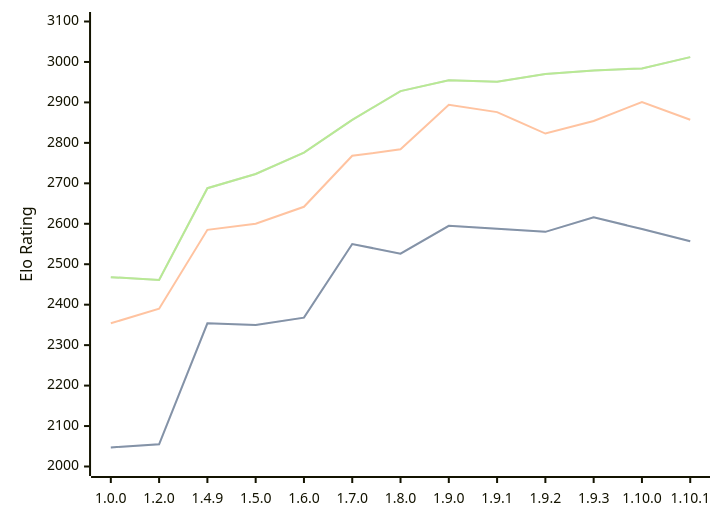
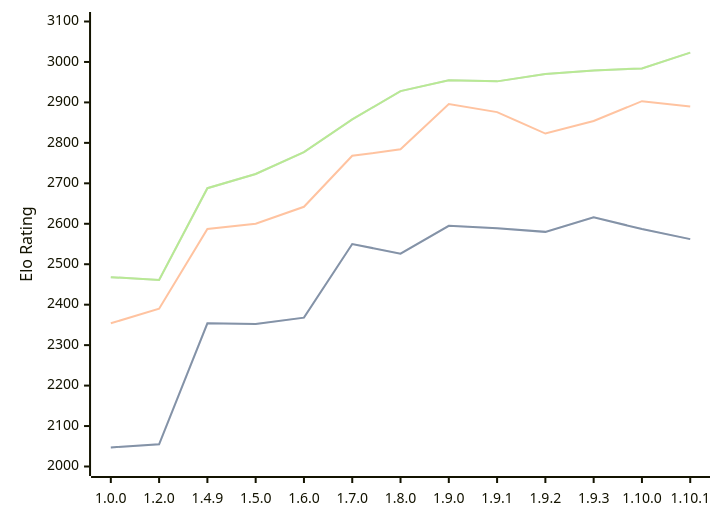
Before and after one commit to computer-chess-index/cci: the diagram in engines/Basilisk.md, drawn with Mermaid. The commit also changed other lines of this file, not shown here.

Commit message:
Update CCI Ratings (ELO VLTC) - 2026-10-02

````diff
--- a/engines/Basilisk.md
+++ b/engines/Basilisk.md
@@ -56,11 +56,11 @@
 ```mermaid
 %%{init: {"theme":"base","themeVariables":{"seriesColors:['#a3a3a3','#222221','#faa371']}}}%%
 xychart-beta
   x-axis ["1.0.0", "1.2.0", "1.4.9", "1.5.0", "1.6.0", "1.7.0", "1.8.0", "1.9.0", "1.9.1", "1.9.2", "1.9.3", "1.10.0", "1.10.1"]
   y-axis "Elo Rating" 2000 --> 3100
-  line "" [2047, 2055, 2354, 2350, 2368, 2550, 2526, 2595, 2588, 2580, 2616, 2587, 2557]
-  line "STC (8.0+0.08s)" [2047, 2055, 2354, 2350, 2368, 2550, 2526, 2595, 2588, 2580, 2616, 2587, 2557]
-  line "LTC (60.0+0.60s)" [2354, 2390, 2585, 2600, 2642, 2768, 2784, 2894, 2876, 2823, 2854, 2901, 2857]
-  line "" [2468, 2461, 2688, 2723, 2776, 2857, 2928, 2955, 2951, 2970, 2979, 2984, 3012]
-  line "VLTC (2m24s+1.12s)" [2468, 2461, 2688, 2723, 2776, 2857, 2928, 2955, 2951, 2970, 2979, 2984, 3012]
+  line "" [2047, 2055, 2354, 2352, 2368, 2550, 2526, 2595, 2589, 2580, 2616, 2587, 2562]
+  line "STC (8.0+0.08s)" [2047, 2055, 2354, 2352, 2368, 2550, 2526, 2595, 2589, 2580, 2616, 2587, 2562]
+  line "LTC (60.0+0.60s)" [2354, 2390, 2587, 2600, 2642, 2768, 2784, 2896, 2876, 2823, 2854, 2903, 2890]
+  line "" [2468, 2461, 2688, 2723, 2777, 2858, 2928, 2955, 2952, 2970, 2979, 2984, 3023]
+  line "VLTC (2m24s+1.12s)" [2468, 2461, 2688, 2723, 2777, 2858, 2928, 2955, 2952, 2970, 2979, 2984, 3023]
 ```
````
